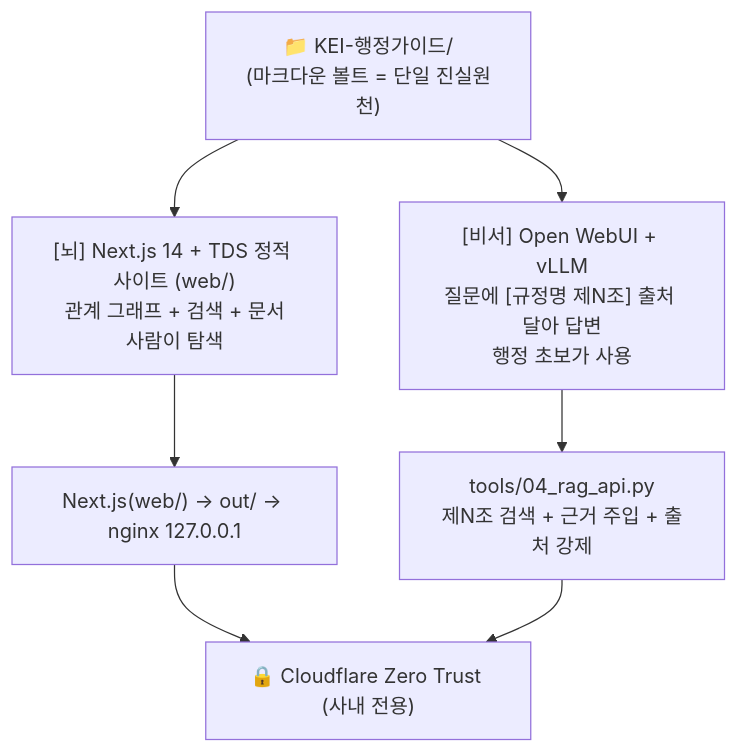
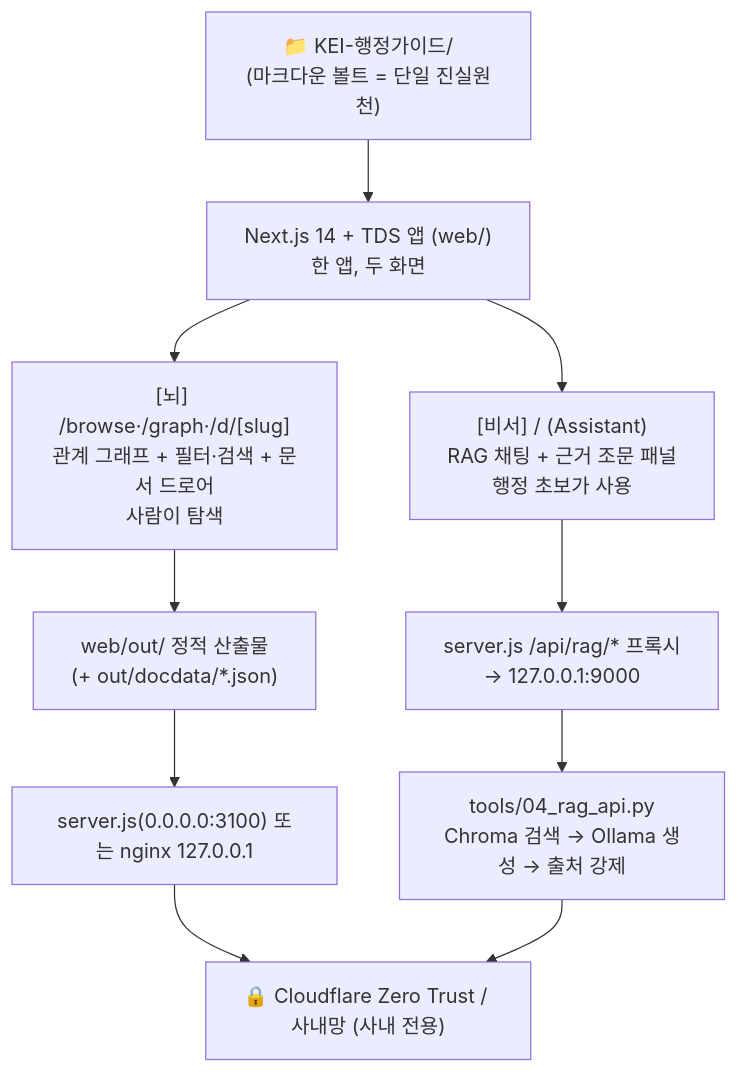
The first of 3 diagrams in README.md (mooner92/KEIAdminSuperv), drawn with Mermaid before and after one commit. The commit also changed other lines of this file and 4 other files, not shown here.

First line of the commit message:
docs: vLLM→Ollama 현실 반영 + 비서 통합·필터·드로어·PM2 배포 정합화

````diff
--- a/README.md
+++ b/README.md
@@ -35,13 +35,17 @@
 ```mermaid
 flowchart TD
     Vault["📁 KEI-행정가이드/<br/>(마크다운 볼트 = 단일 진실원천)"]
 
-    Vault --> Brain["[뇌] Next.js 14 + TDS 정적 사이트 (web/)<br/>관계 그래프 + 검색 + 문서<br/>사람이 탐색"]
-    Vault --> Assistant["[비서] Open WebUI + vLLM<br/>질문에 [규정명 제N조] 출처 달아 답변<br/>행정 초보가 사용"]
+    Vault --> App["Next.js 14 + TDS 앱 (web/)<br/>한 앱, 두 화면"]
 
-    Brain --> Nginx["Next.js(web/) → out/ → nginx 127.0.0.1"]
-    Assistant --> RAG["tools/04_rag_api.py<br/>제N조 검색 + 근거 주입 + 출처 강제"]
+    App --> Brain["[뇌] /browse·/graph·/d/[slug]<br/>관계 그래프 + 필터·검색 + 문서 드로어<br/>사람이 탐색"]
+    App --> Assistant["[비서] / (Assistant)<br/>RAG 채팅 + 근거 조문 패널<br/>행정 초보가 사용"]
 
-    Nginx --> ZT["🔒 Cloudflare Zero Trust (사내 전용)"]
+    Brain --> Static["web/out/ 정적 산출물<br/>(+ out/docdata/*.json)"]
+    Assistant --> Proxy["server.js /api/rag/* 프록시<br/>→ 127.0.0.1:9000"]
+    Proxy --> RAG["tools/04_rag_api.py<br/>Chroma 검색 → Ollama 생성 → 출처 강제"]
+
+    Static --> Serve["server.js(0.0.0.0:3100) 또는 nginx 127.0.0.1"]
+    Serve --> ZT["🔒 Cloudflare Zero Trust / 사내망 (사내 전용)"]
     RAG --> ZT
 ```
````
